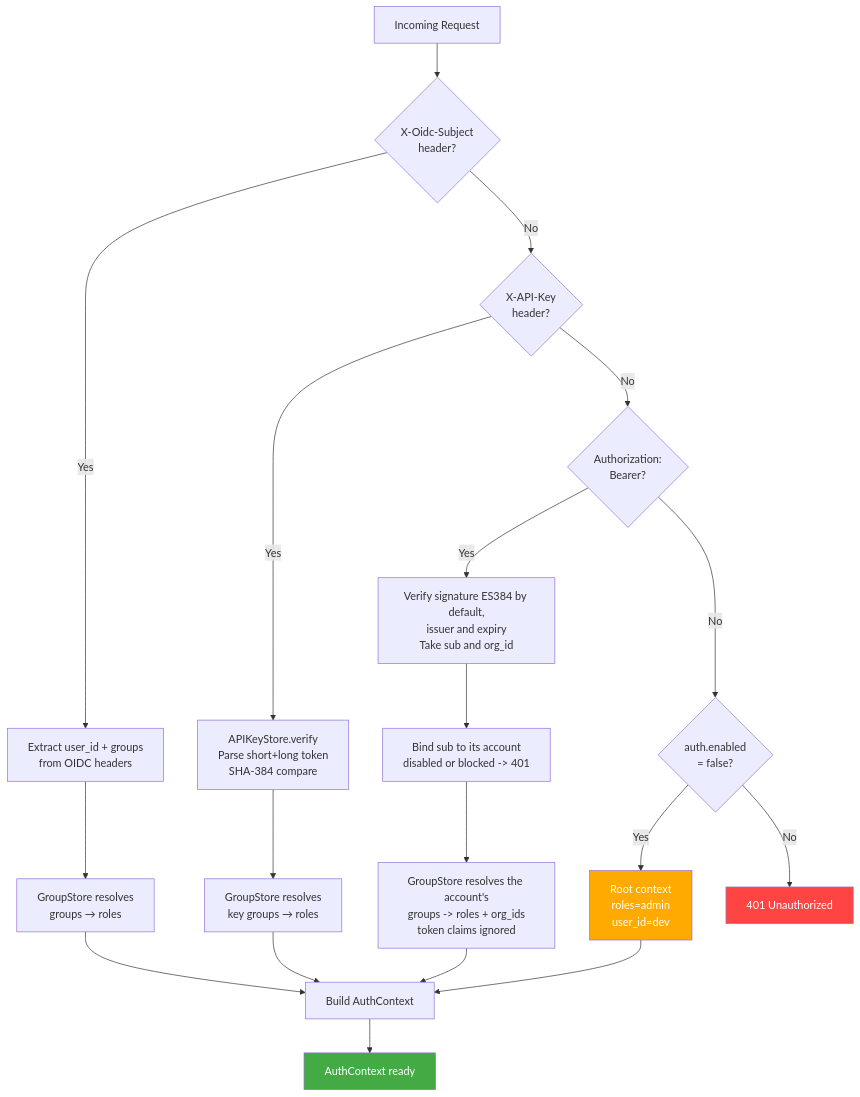
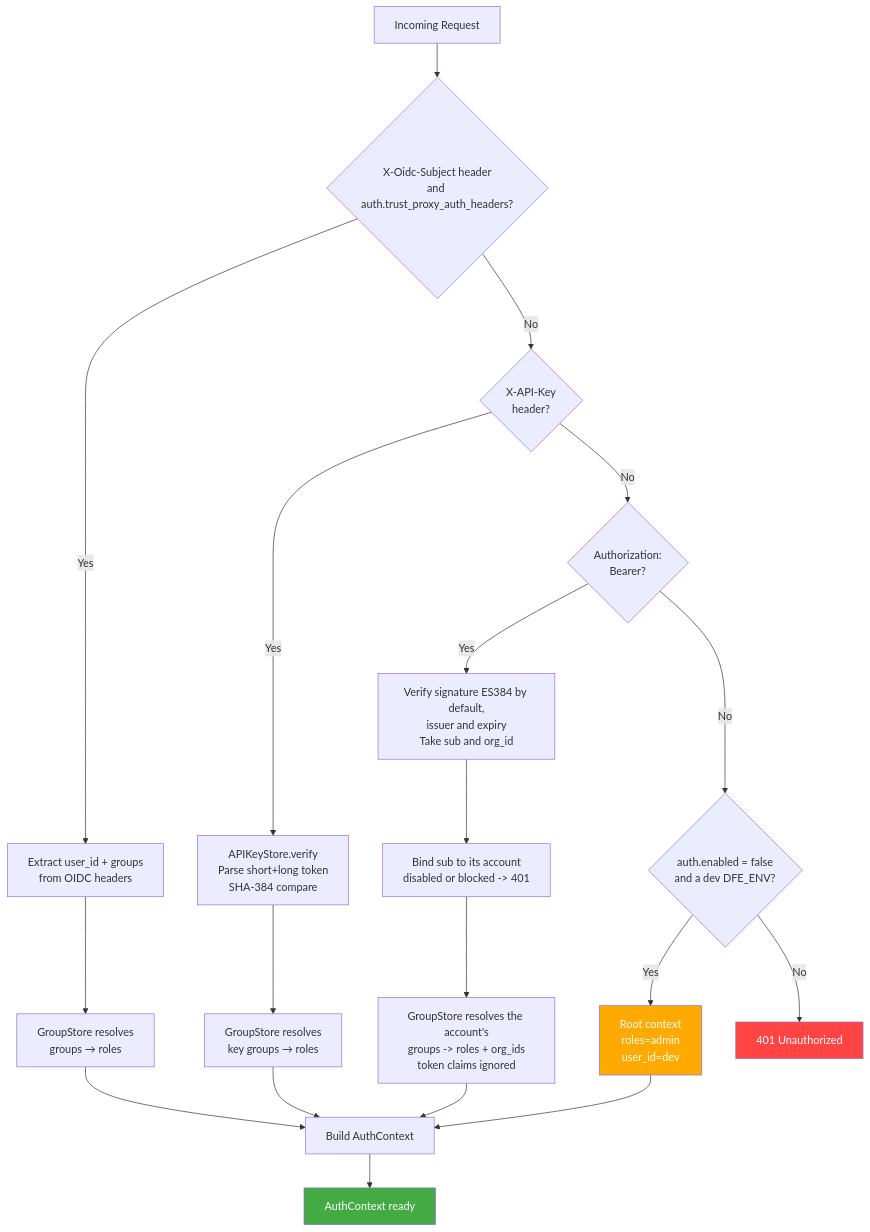
The first of 10 diagrams in docs/control-plane/rbac.md (hyperi-io/dfe-engine), drawn with Mermaid before and after one commit. The commit also changed other lines of this file and 3 other files, not shown here.

````diff
--- a/docs/control-plane/rbac.md
+++ b/docs/control-plane/rbac.md
@@ -22,30 +22,30 @@
 ```mermaid
 flowchart TD
-    REQ[Incoming Request] --> OIDC{X-Oidc-Subject<br/>header?}
+    REQ[Incoming Request] --> OIDC{X-Oidc-Subject header<br/>and auth.trust_proxy_auth_headers?}
     OIDC -->|Yes| EXTRACT_OIDC[Extract user_id + groups<br/>from OIDC headers]
     EXTRACT_OIDC --> RESOLVE_OIDC[GroupStore resolves<br/>groups → roles]
     RESOLVE_OIDC --> CTX[Build AuthContext]
 
     OIDC -->|No| APIKEY{X-API-Key<br/>header?}
     APIKEY -->|Yes| VERIFY_KEY[APIKeyStore.verify<br/>Parse short+long token<br/>SHA-384 compare]
     VERIFY_KEY --> RESOLVE_KEY[GroupStore resolves<br/>key groups → roles]
     RESOLVE_KEY --> CTX
 
     APIKEY -->|No| JWT{Authorization:<br/>Bearer?}
     JWT -->|Yes| DECODE["Verify signature ES384 by default,<br/>issuer and expiry<br/>Take sub and org_id"]
     DECODE --> BIND["Bind sub to its account<br/>disabled or blocked -> 401"]
     BIND --> RESOLVE_JWT["GroupStore resolves the account's<br/>groups -> roles + org_ids<br/>token claims ignored"]
     RESOLVE_JWT --> CTX
 
-    JWT -->|No| DISABLED{auth.enabled<br/>= false?}
+    JWT -->|No| DISABLED{auth.enabled = false<br/>and a dev DFE_ENV?}
     DISABLED -->|Yes| ROOT[Root context<br/>roles=admin<br/>user_id=dev]
     ROOT --> CTX
 
     DISABLED -->|No| REJECT[401 Unauthorized]
 
     CTX --> AUTH_DONE[AuthContext ready]
 
     style REJECT fill:#f44,color:#fff
     style AUTH_DONE fill:#4a4,color:#fff
     style ROOT fill:#fa0,color:#fff
 ```
````
